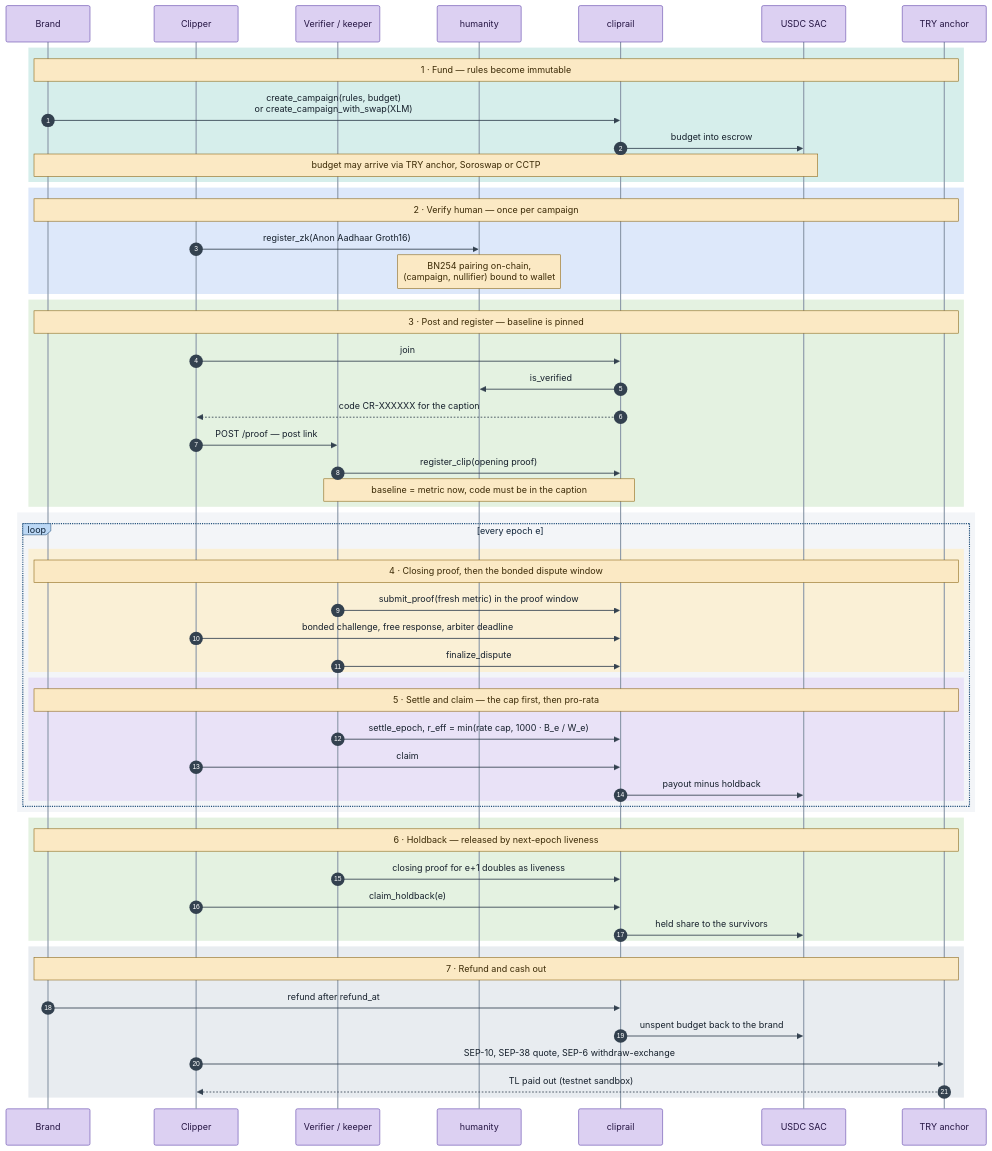
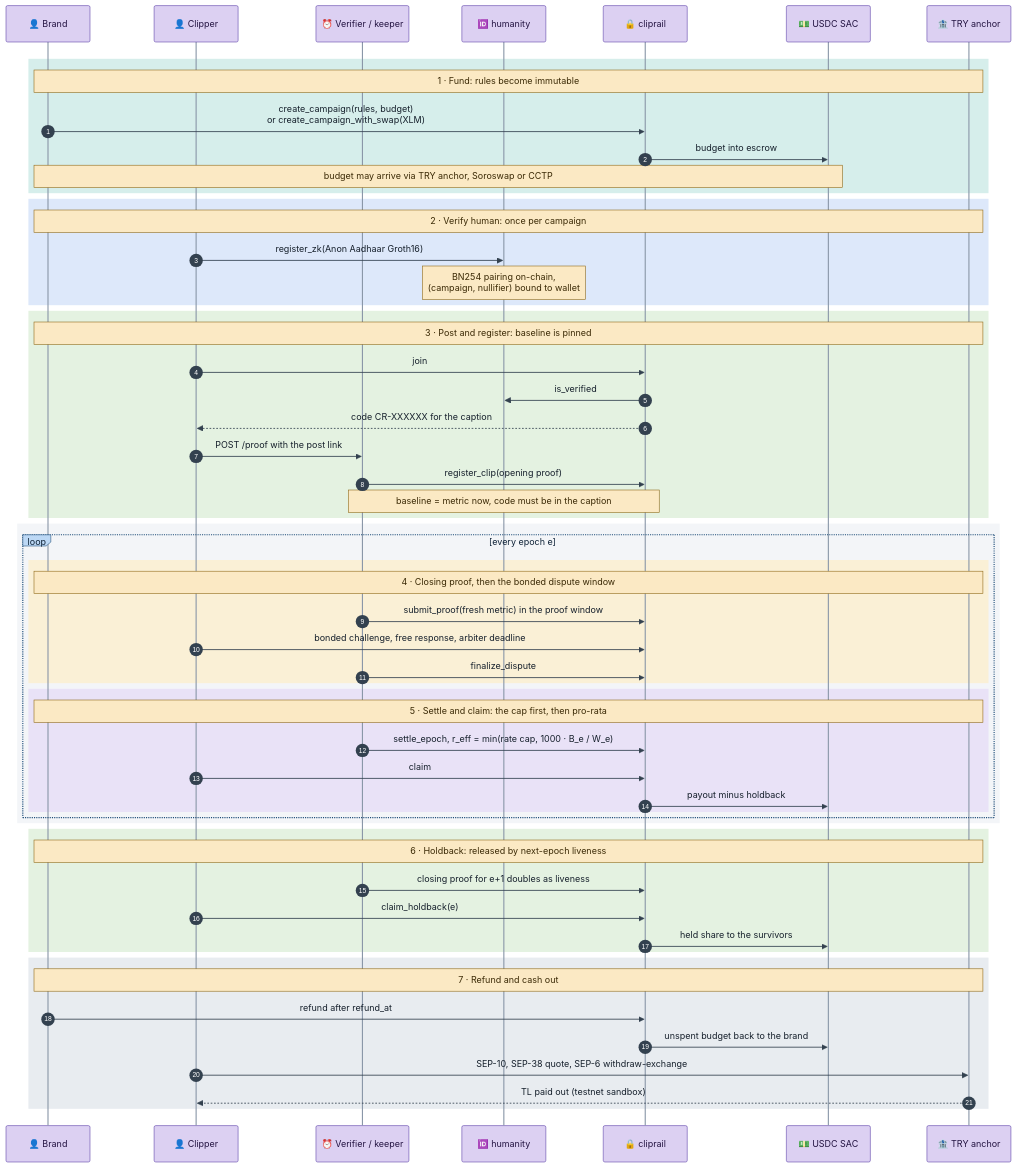
The fourth of 4 diagrams in README.md (KayaKerem/cashtag-stellar), drawn with Mermaid before and after one commit. The commit also changed other lines of this file, not shown here.

Commit message:
brand(readme): Cashtag, no em dashes, diagram panels and icons

````diff
--- a/README.md
+++ b/README.md
@@ -347,67 +350,69 @@
 ```mermaid
-%%{init: {"theme":"base","themeVariables":{"fontFamily":"ui-sans-serif, system-ui, -apple-system, sans-serif","fontSize":"14px","actorBkg":"#dcd0f2","actorBorder":"#5b3fa8","actorTextColor":"#241442","actorLineColor":"#8a97a8","signalColor":"#33414f","signalTextColor":"#16202c","labelBoxBkgColor":"#bcd8f5","labelBoxBorderColor":"#1f4e79","labelTextColor":"#0f2338","loopTextColor":"#0f2338","noteBkgColor":"#fbe9c4","noteBorderColor":"#8a6310","noteTextColor":"#3b2a06","sequenceNumberColor":"#ffffff"}}}%%
+%%{init: {"theme":"base","themeVariables":{"background":"#ffffff","fontFamily":"ui-sans-serif, system-ui, -apple-system, sans-serif","fontSize":"14px","actorBkg":"#dcd0f2","actorBorder":"#5b3fa8","actorTextColor":"#241442","actorLineColor":"#8a97a8","signalColor":"#33414f","signalTextColor":"#16202c","labelBoxBkgColor":"#bcd8f5","labelBoxBorderColor":"#1f4e79","labelTextColor":"#0f2338","loopTextColor":"#0f2338","noteBkgColor":"#fbe9c4","noteBorderColor":"#8a6310","noteTextColor":"#3b2a06","sequenceNumberColor":"#ffffff"}}}%%
 sequenceDiagram
   autonumber
-  participant B as Brand
-  participant C as Clipper
-  participant V as Verifier / keeper
-  participant H as humanity
-  participant CR as cliprail
-  participant T as USDC SAC
-  participant AN as TRY anchor
+  participant B as 👤 Brand
+  participant C as 👤 Clipper
+  participant V as ⏰ Verifier / keeper
+  participant H as 🆔 humanity
+  participant CR as 🔒 cliprail
+  participant T as 💵 USDC SAC
+  participant AN as 🏦 TRY anchor
 
+  rect rgb(255,255,255)
   rect rgb(214,238,235)
-    Note over B,AN: 1 · Fund — rules become immutable
+    Note over B,AN: 1 · Fund: rules become immutable
     B->>CR: create_campaign(rules, budget)<br/>or create_campaign_with_swap(XLM)
     CR->>T: budget into escrow
     Note over B,T: budget may arrive via TRY anchor, Soroswap or CCTP
   end
 
   rect rgb(221,232,250)
-    Note over B,AN: 2 · Verify human — once per campaign
+    Note over B,AN: 2 · Verify human: once per campaign
     C->>H: register_zk(Anon Aadhaar Groth16)
     Note over H: BN254 pairing on-chain,<br/>(campaign, nullifier) bound to wallet
   end
 
   rect rgb(228,242,225)
-    Note over B,AN: 3 · Post and register — baseline is pinned
+    Note over B,AN: 3 · Post and register: baseline is pinned
     C->>CR: join
     CR->>H: is_verified
     CR-->>C: code CR-XXXXXX for the caption
-    C->>V: POST /proof — post link
+    C->>V: POST /proof with the post link
     V->>CR: register_clip(opening proof)
     Note over V,CR: baseline = metric now, code must be in the caption
   end
 
   rect rgb(243,245,248)
     loop every epoch e
       rect rgb(250,240,214)
         Note over B,AN: 4 · Closing proof, then the bonded dispute window
         V->>CR: submit_proof(fresh metric) in the proof window
         C->>CR: bonded challenge, free response, arbiter deadline
         V->>CR: finalize_dispute
       end
       rect rgb(233,226,247)
-        Note over B,AN: 5 · Settle and claim — the cap first, then pro-rata
+        Note over B,AN: 5 · Settle and claim: the cap first, then pro-rata
         V->>CR: settle_epoch, r_eff = min(rate cap, 1000 · B_e / W_e)
         C->>CR: claim
         CR->>T: payout minus holdback
       end
     end
   end
 
   rect rgb(228,242,225)
-    Note over B,AN: 6 · Holdback — released by next-epoch liveness
+    Note over B,AN: 6 · Holdback: released by next-epoch liveness
     V->>CR: closing proof for e+1 doubles as liveness
     C->>CR: claim_holdback(e)
     CR->>T: held share to the survivors
   end
 
   rect rgb(232,236,240)
     Note over B,AN: 7 · Refund and cash out
     B->>CR: refund after refund_at
     CR->>T: unspent budget back to the brand
     C->>AN: SEP-10, SEP-38 quote, SEP-6 withdraw-exchange
     AN-->>C: TL paid out (testnet sandbox)
   end
+  end
 ```
````
